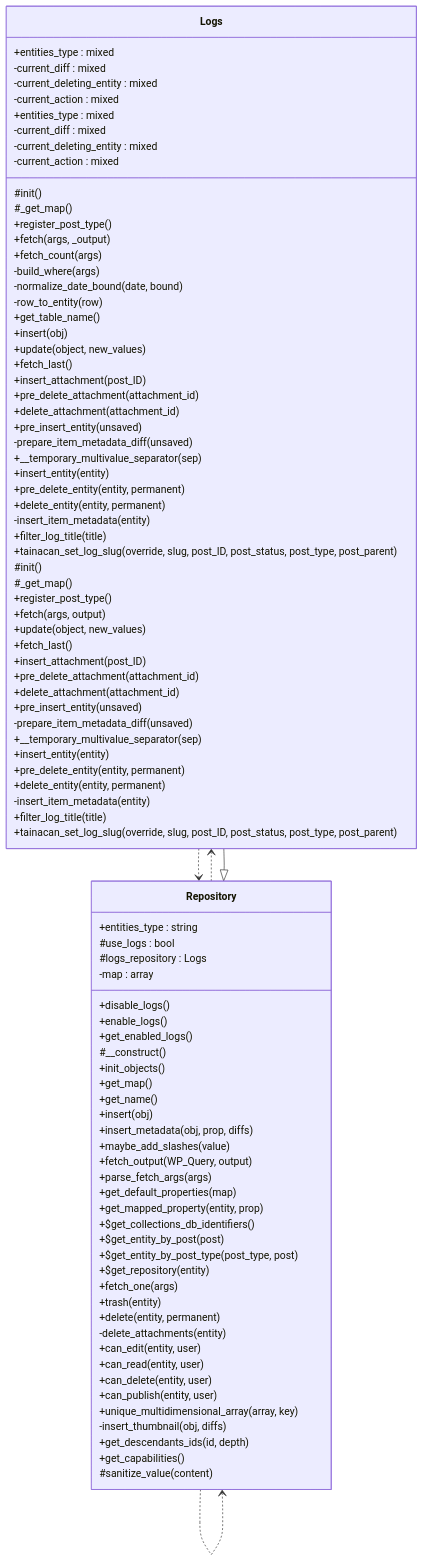
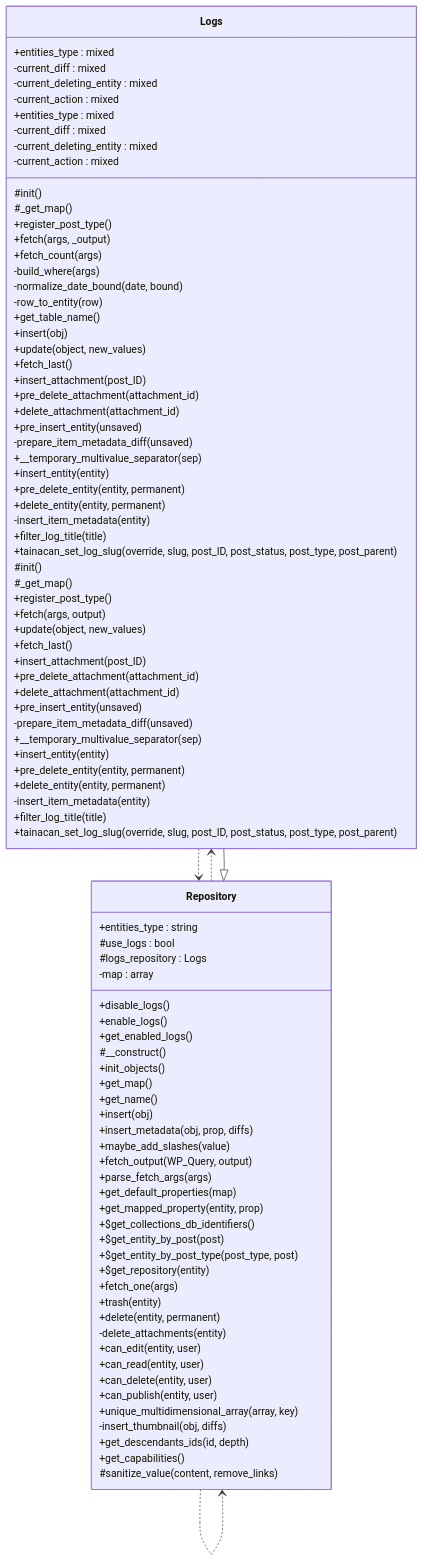
One commit to tainacan/tainacan changed the diagram in docs/phpdoc/classes/Tainacan/Repositories/Logs.md. Above: the diagram before and after it, drawn with Mermaid. The commit also changed other lines of this file and 51 other files, not shown here.

```diff
--- a/docs/phpdoc/classes/Tainacan/Repositories/Logs.md
+++ b/docs/phpdoc/classes/Tainacan/Repositories/Logs.md
@@ -104,7 +104,7 @@
         -insert_thumbnail(obj, diffs)
         +get_descendants_ids(id, depth)
         +get_capabilities()
-        #sanitize_value(content)
+        #sanitize_value(content, remove_links)
     }
     Logs ..> Repository
     Repository ..> Logs
```
